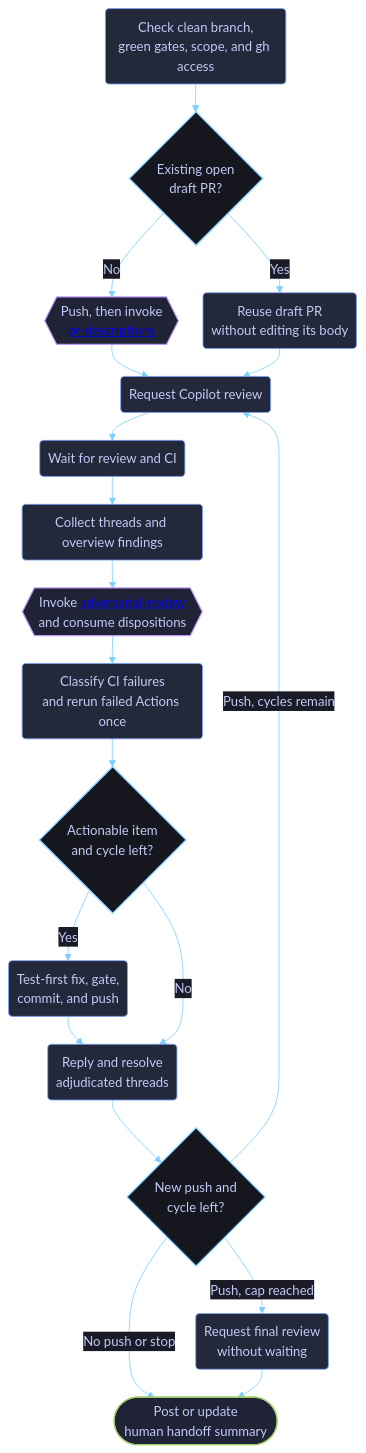
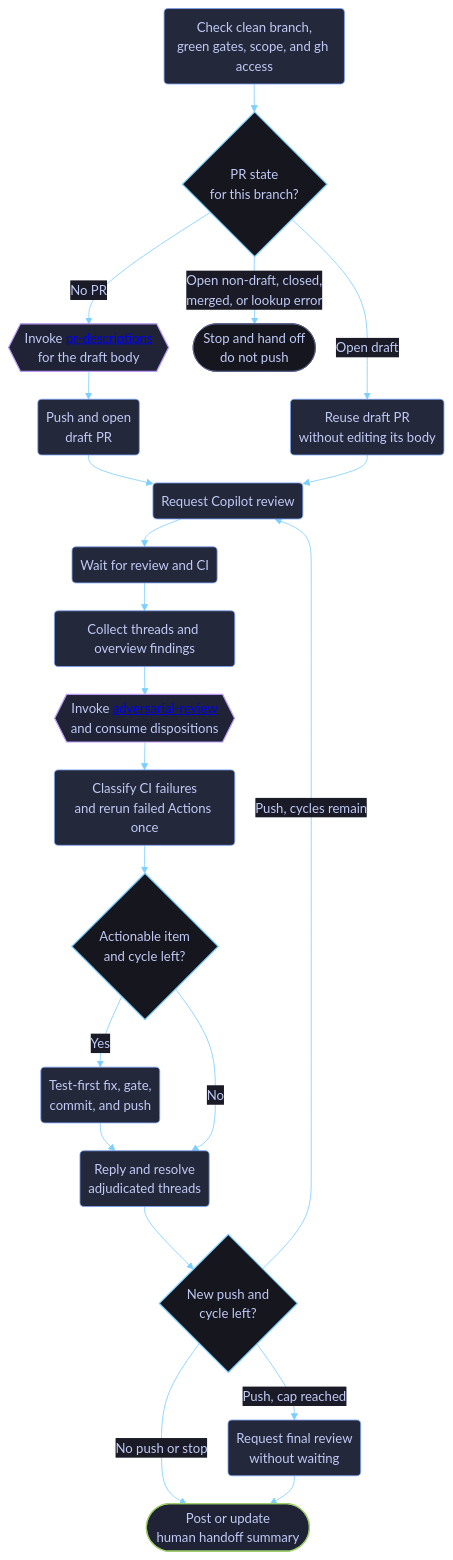
One commit to dvo-dev/copilot-guidance changed the diagram in docs/skill-workflows/copilot-review-loop.md. Above: the diagram before and after it, drawn with Mermaid. The commit also changed 7 other files, not shown here.

First line of the commit message:
Address review findings (cycle 1)

````diff
--- a/docs/skill-workflows/copilot-review-loop.md
+++ b/docs/skill-workflows/copilot-review-loop.md
@@ -20,32 +20,36 @@
 ```mermaid
 %%{init: {"theme":"base","themeVariables":{"background":"#1a1b26","primaryColor":"#24283b","primaryTextColor":"#c0caf5","primaryBorderColor":"#7aa2f7","secondaryColor":"#1f2335","secondaryTextColor":"#c0caf5","secondaryBorderColor":"#bb9af7","tertiaryColor":"#16161e","tertiaryTextColor":"#c0caf5","tertiaryBorderColor":"#7dcfff","lineColor":"#7dcfff","textColor":"#c0caf5","mainBkg":"#24283b","nodeBorder":"#7aa2f7","clusterBkg":"#16161e","clusterBorder":"#565f89","defaultLinkColor":"#7dcfff","edgeLabelBackground":"#1a1b26","titleColor":"#bb9af7","fontFamily":"ui-monospace, SFMono-Regular, Menlo, Monaco, Consolas, Liberation Mono, monospace"},"flowchart":{"curve":"basis","htmlLabels":true,"nodeSpacing":30,"rankSpacing":34,"padding":10}}}%%
 flowchart TD
-    A("Check clean branch,<br/>green gates, scope, and gh access") --> B{"Existing open<br/>draft PR?"}
-    B -->|No| C{{"Push, then invoke<br/><a href='https://github.com/dvo-dev/copilot-guidance/blob/main/docs/skill-workflows/pr-descriptions.md'>pr-descriptions</a>"}}
-    B -->|Yes| D("Reuse draft PR<br/>without editing its body")
-    C --> E("Request Copilot review")
-    D --> E
-    E --> F("Wait for review and CI")
-    F --> G("Collect threads and overview findings")
-    G --> H{{"Invoke <a href='https://github.com/dvo-dev/copilot-guidance/blob/main/docs/skill-workflows/adversarial-review.md'>adversarial-review</a><br/>and consume dispositions"}}
-    H --> I("Classify CI failures<br/>and rerun failed Actions once")
-    I --> J{"Actionable item<br/>and cycle left?"}
-    J -->|Yes| K("Test-first fix, gate,<br/>commit, and push")
-    K --> L("Reply and resolve<br/>adjudicated threads")
-    J -->|No| L
-    L --> M{"New push and<br/>cycle left?"}
-    M -->|No push or stop| N(["Post or update<br/>human handoff summary"])
-    M -->|Push, cycles remain| E
-    M -->|Push, cap reached| O("Request final review<br/>without waiting")
-    O --> N
+    A("Check clean branch,<br/>green gates, scope, and gh access") --> B{"PR state<br/>for this branch?"}
+    B -->|No PR| C{{"Invoke <a href='https://github.com/dvo-dev/copilot-guidance/blob/main/docs/skill-workflows/pr-descriptions.md'>pr-descriptions</a><br/>for the draft body"}}
+    C --> D("Push and open<br/>draft PR")
+    B -->|Open draft| E("Reuse draft PR<br/>without editing its body")
+    B -->|Open non-draft, closed,<br/>merged, or lookup error| Z(["Stop and hand off<br/>do not push"])
+    D --> F("Request Copilot review")
+    E --> F
+    F --> G("Wait for review and CI")
+    G --> H("Collect threads and overview findings")
+    H --> I{{"Invoke <a href='https://github.com/dvo-dev/copilot-guidance/blob/main/docs/skill-workflows/adversarial-review.md'>adversarial-review</a><br/>and consume dispositions"}}
+    I --> J("Classify CI failures<br/>and rerun failed Actions once")
+    J --> K{"Actionable item<br/>and cycle left?"}
+    K -->|Yes| L("Test-first fix, gate,<br/>commit, and push")
+    L --> M("Reply and resolve<br/>adjudicated threads")
+    K -->|No| M
+    M --> N{"New push and<br/>cycle left?"}
+    N -->|No push or stop| O(["Post or update<br/>human handoff summary"])
+    N -->|Push, cycles remain| F
+    N -->|Push, cap reached| P("Request final review<br/>without waiting")
+    P --> O
 
     classDef stage fill:#24283b,stroke:#7aa2f7,stroke-width:1px,color:#c0caf5;
     classDef delegated fill:#1f2335,stroke:#bb9af7,stroke-width:1.5px,color:#c0caf5;
-    classDef human fill:#1f2335,stroke:#9ece6a,stroke-width:1.5px,color:#c0caf5;
+    classDef outcome fill:#1f2335,stroke:#9ece6a,stroke-width:1.5px,color:#c0caf5;
+    classDef terminal fill:#16161e,stroke:#565f89,stroke-width:1px,color:#c0caf5;
     classDef decision fill:#16161e,stroke:#7dcfff,stroke-width:1.5px,color:#c0caf5;
-    class A,D,E,F,G,I,K,L,O stage;
-    class C,H delegated;
-    class N human;
-    class B,J,M decision;
+    class A,D,E,F,G,H,J,L,M,P stage;
+    class C,I delegated;
+    class O outcome;
+    class Z terminal;
+    class B,K,N decision;
 
 ```
````
